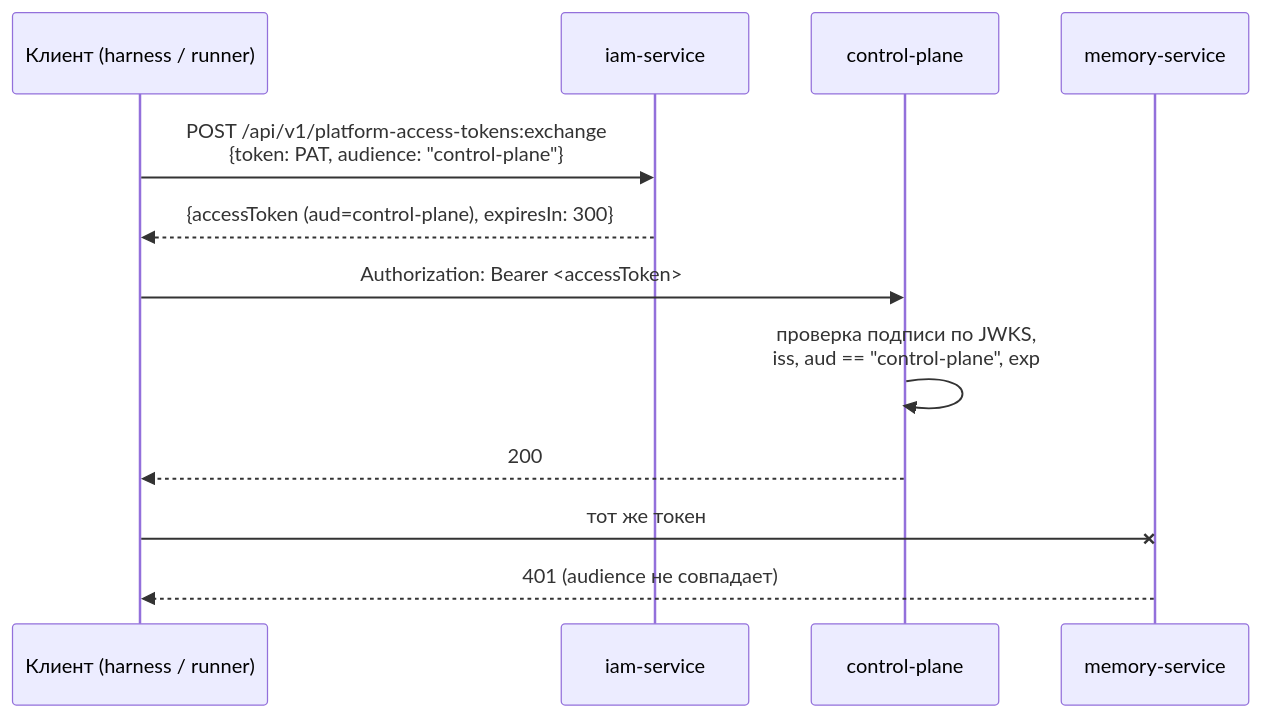
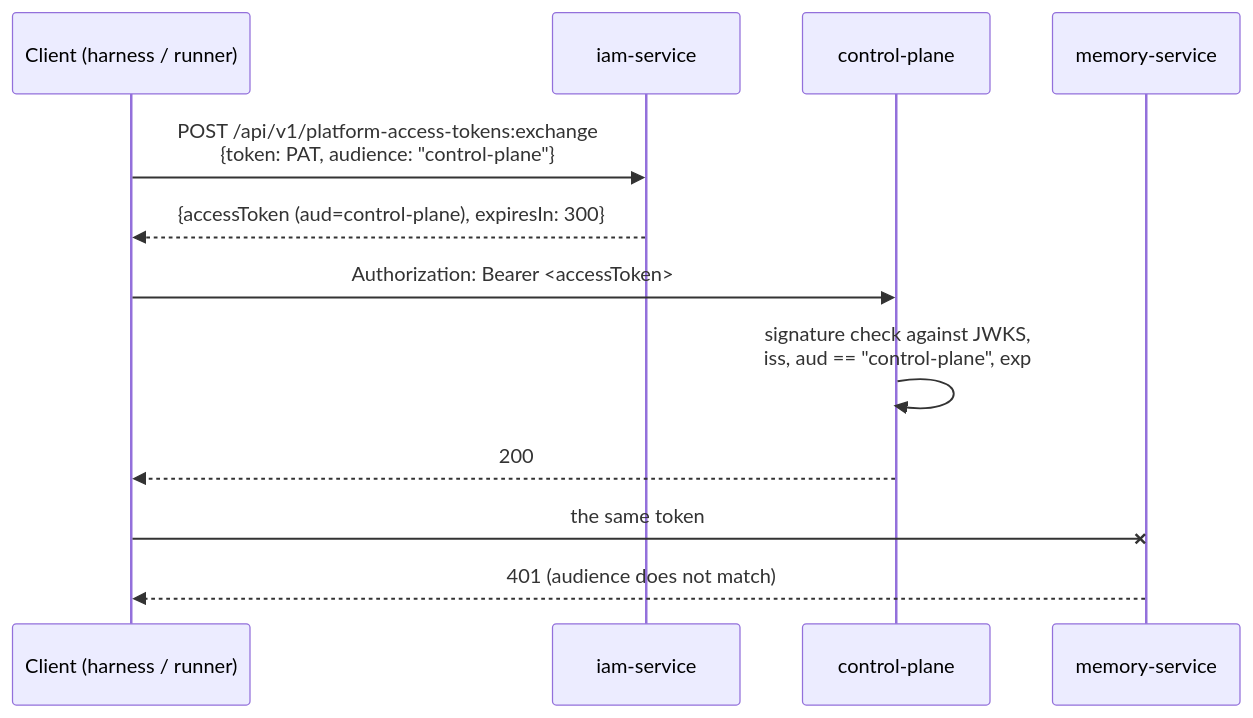
One commit to monthu56/taimen changed the diagram in guide/docs/iam/tokens.md. Above: the diagram before and after it, drawn with Mermaid. The commit also changed other lines of this file and 183 other files, not shown here.

````diff
--- a/guide/docs/iam/tokens.md
+++ b/guide/docs/iam/tokens.md
@@ -15,14 +17,14 @@
 ```mermaid
 sequenceDiagram
-    participant C as Клиент (harness / runner)
+    participant C as Client (harness / runner)
     participant IAM as iam-service
     participant CP as control-plane
     participant MEM as memory-service
     C->>IAM: POST /api/v1/platform-access-tokens:exchange<br/>{token: PAT, audience: "control-plane"}
     IAM-->>C: {accessToken (aud=control-plane), expiresIn: 300}
     C->>CP: Authorization: Bearer <accessToken>
-    CP->>CP: проверка подписи по JWKS,<br/>iss, aud == "control-plane", exp
+    CP->>CP: signature check against JWKS,<br/>iss, aud == "control-plane", exp
     CP-->>C: 200
-    C-xMEM: тот же токен
-    MEM-->>C: 401 (audience не совпадает)
+    C-xMEM: the same token
+    MEM-->>C: 401 (audience does not match)
 ```
````
